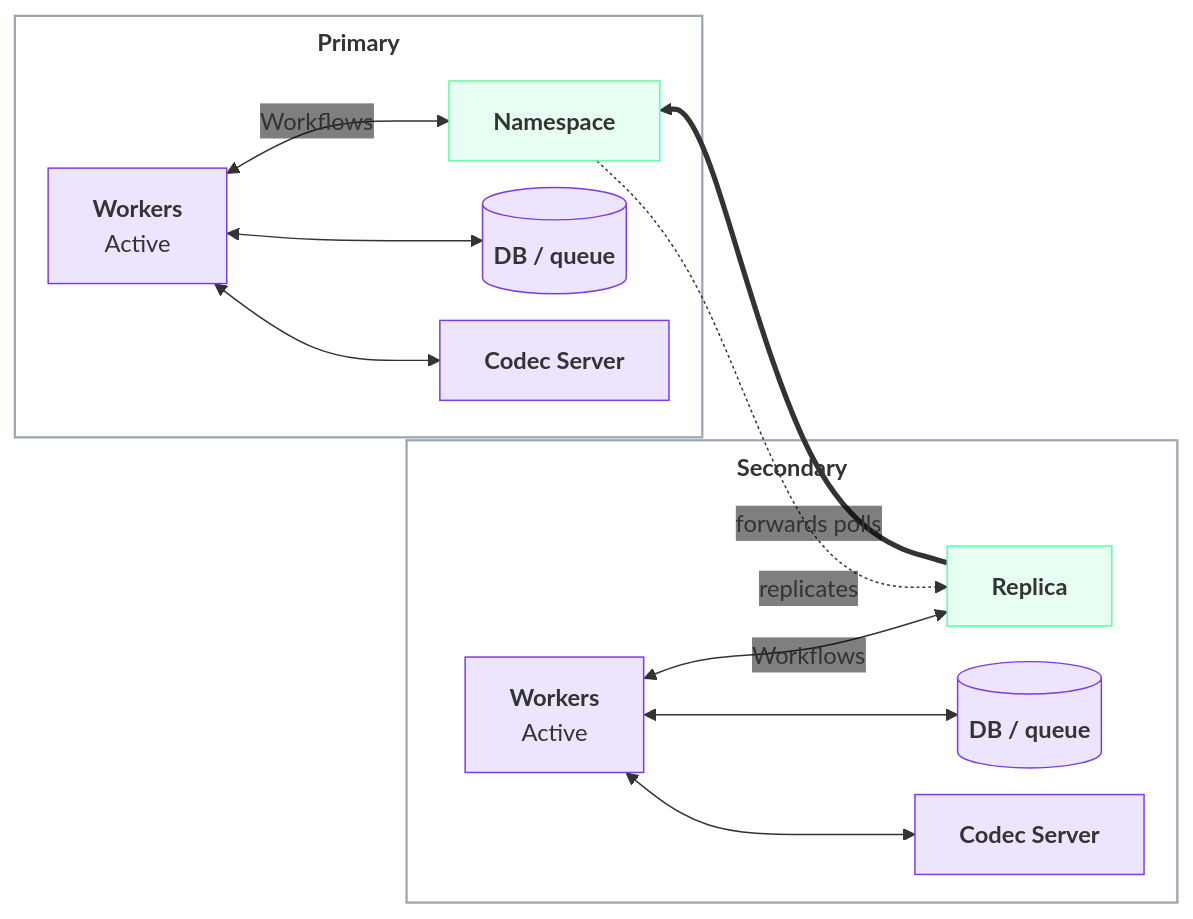
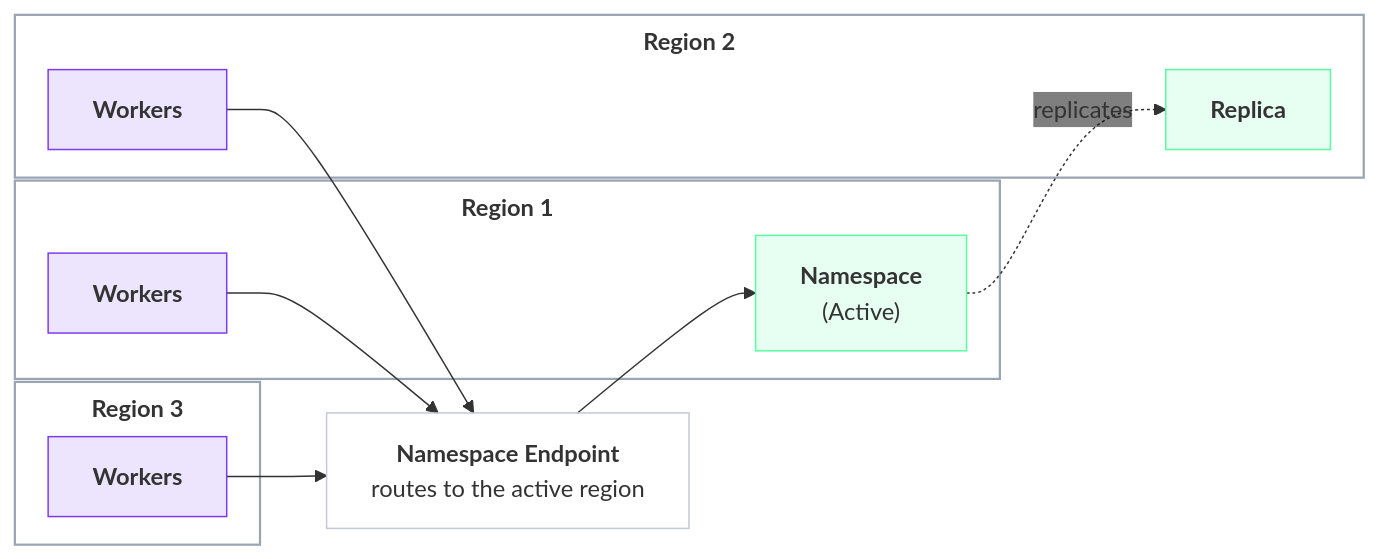
Before and after one commit to temporalio/documentation: diagram 18 of 23 in docs/cloud/high-availability/deployment-patterns.mdx, drawn with Mermaid. The commit also changed other lines of this file, not shown here.

Commit message:
Progress on Active/Active

````diff
--- a/docs/cloud/high-availability/deployment-patterns.mdx
+++ b/docs/cloud/high-availability/deployment-patterns.mdx
@@ -678,30 +677,26 @@
 ```mermaid
 %%{init: {'themeVariables':{'fontFamily':'Inter, ui-sans-serif, system-ui, sans-serif','edgeLabelBackground':'transparent'},'flowchart':{'nodeSpacing':18,'rankSpacing':45,'curve':'basis','subGraphTitleMargin':{'top':6,'bottom':12}}}}%%
 flowchart LR
     classDef worker fill:#7C3AED22,stroke:#7C3AED,stroke-width:1px;
     classDef ns fill:#59FDA024,stroke:#59FDA0,stroke-width:1px;
-    classDef ext fill:#7C3AED22,stroke:#7C3AED,stroke-width:1px;
+    classDef endpoint fill:transparent,stroke:#c2c8d2,stroke-width:1px;
     classDef region fill:transparent,stroke:#9aa4b2,stroke-width:1.5px;
-    classDef pool fill:transparent,stroke:#c2c8d2,stroke-width:1px;
-    subgraph DANPRI["<b>Primary</b>"]
-      DANWP["<b>Workers</b><br/>Active"]:::worker
-      DANNS["<b>Namespace</b>"]:::ns
-      DANDB[("<b>DB / queue</b>")]:::ext
-      DANCODEC["<b>Codec Server</b>"]:::ext
-      DANWP <-->|Workflows| DANNS
-      DANWP <--> DANDB
-      DANWP <--> DANCODEC
+    AANEP["<b>Namespace Endpoint</b><br/>routes to the active region"]:::endpoint
+    subgraph AAR1["<b>Region 1</b>"]
+      AAW1["<b>Workers</b>"]:::worker
+      AANS1["<b>Namespace</b><br/>(Active)"]:::ns
     end
-    subgraph DANSEC["<b>Secondary</b>"]
-      DANR["<b>Replica</b>"]:::ns
-      DANWP2["<b>Workers</b><br/>Active"]:::worker
-      DANDB2[("<b>DB / queue</b>")]:::ext
-      DANCODEC2["<b>Codec Server</b>"]:::ext
-      DANWP2 <-->|Workflows| DANR
-      DANWP2 <--> DANDB2
-      DANWP2 <--> DANCODEC2
+    subgraph AAR2["<b>Region 2</b>"]
+      AAW2["<b>Workers</b>"]:::worker
+      AANS2["<b>Replica</b>"]:::ns
     end
-    DANNS -. replicates .-> DANR
-    DANR ==>|"forwards polls"| DANNS
-    class DANPRI,DANSEC region
+    subgraph AAR3["<b>Region 3</b>"]
+      AAW3["<b>Workers</b>"]:::worker
+    end
+    AAW1 --> AANEP
+    AAW2 --> AANEP
+    AAW3 --> AANEP
+    AANEP --> AANS1
+    AANS1 -. replicates .-> AANS2
+    class AAR1,AAR2,AAR3 region
 ```
````
